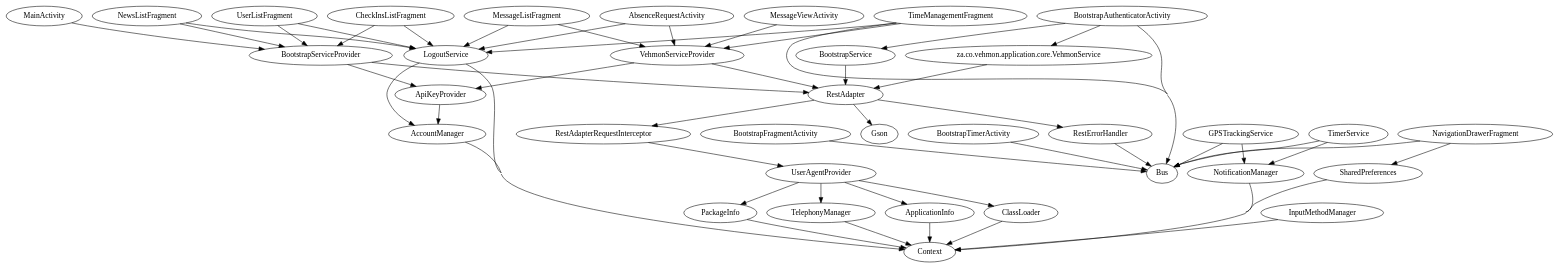
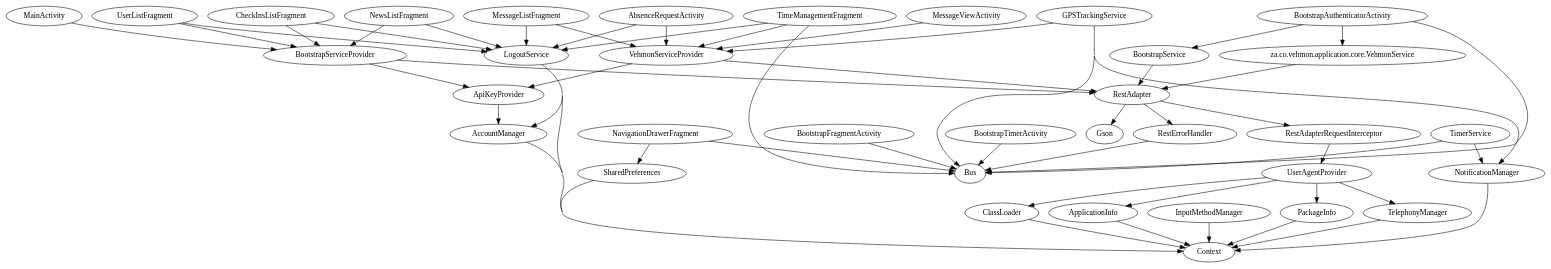
One commit to Renaldobenji/android-vehmon changed the diagram in app/build/intermediates/classes/debug/za/co/vehmon/application/RootModule.dot. Above: the diagram before and after it, drawn with Graphviz. The commit also changed 20 other files, not shown here.

```diff
--- a/app/build/intermediates/classes/debug/za/co/vehmon/application/RootModule.dot
+++ b/app/build/intermediates/classes/debug/za/co/vehmon/application/RootModule.dot
@@ -1,56 +1,57 @@
 digraph G1 {
   concentrate = true;
+  AbsenceRequestActivity -> VehmonServiceProvider;
   AbsenceRequestActivity -> LogoutService;
-  AbsenceRequestActivity -> VehmonServiceProvider;
   AccountManager -> Context;
   ApiKeyProvider -> AccountManager;
   ApplicationInfo -> Context;
   BootstrapAuthenticatorActivity -> BootstrapService;
   n2 [label="za.co.vehmon.application.core.VehmonService"];
   BootstrapAuthenticatorActivity -> n2;
   BootstrapAuthenticatorActivity -> Bus;
   BootstrapFragmentActivity -> Bus;
   BootstrapService -> RestAdapter;
+  BootstrapServiceProvider -> RestAdapter;
   BootstrapServiceProvider -> ApiKeyProvider;
-  BootstrapServiceProvider -> RestAdapter;
   BootstrapTimerActivity -> Bus;
   CheckInsListFragment -> LogoutService;
   CheckInsListFragment -> BootstrapServiceProvider;
   ClassLoader -> Context;
+  GPSTrackingService -> VehmonServiceProvider;
   GPSTrackingService -> NotificationManager;
   GPSTrackingService -> Bus;
   InputMethodManager -> Context;
+  LogoutService -> AccountManager;
   LogoutService -> Context;
-  LogoutService -> AccountManager;
   MainActivity -> BootstrapServiceProvider;
+  MessageListFragment -> VehmonServiceProvider;
   MessageListFragment -> LogoutService;
-  MessageListFragment -> VehmonServiceProvider;
   MessageViewActivity -> VehmonServiceProvider;
+  NavigationDrawerFragment -> SharedPreferences;
   NavigationDrawerFragment -> Bus;
-  NavigationDrawerFragment -> SharedPreferences;
   NewsListFragment -> LogoutService;
   NewsListFragment -> BootstrapServiceProvider;
   NotificationManager -> Context;
   PackageInfo -> Context;
   RestAdapter -> Gson;
   RestAdapter -> RestErrorHandler;
   RestAdapter -> RestAdapterRequestInterceptor;
   RestAdapterRequestInterceptor -> UserAgentProvider;
   RestErrorHandler -> Bus;
   SharedPreferences -> Context;
   TelephonyManager -> Context;
+  TimeManagementFragment -> VehmonServiceProvider;
   TimeManagementFragment -> LogoutService;
   TimeManagementFragment -> Bus;
-  TimeManagementFragment -> VehmonServiceProvider;
   TimerService -> NotificationManager;
   TimerService -> Bus;
+  UserAgentProvider -> ClassLoader;
+  UserAgentProvider -> TelephonyManager;
   UserAgentProvider -> ApplicationInfo;
   UserAgentProvider -> PackageInfo;
-  UserAgentProvider -> ClassLoader;
-  UserAgentProvider -> TelephonyManager;
   UserListFragment -> LogoutService;
   UserListFragment -> BootstrapServiceProvider;
+  VehmonServiceProvider -> RestAdapter;
   VehmonServiceProvider -> ApiKeyProvider;
-  VehmonServiceProvider -> RestAdapter;
   n2 -> RestAdapter;
 }
```
